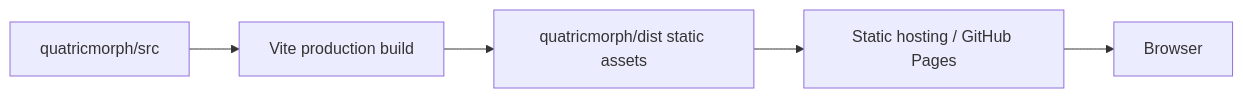
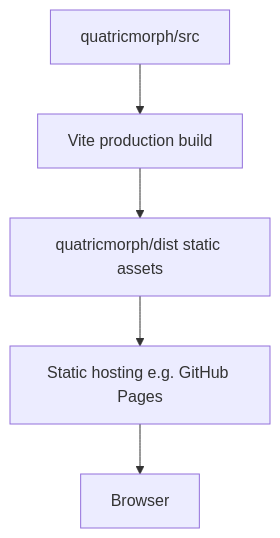
The eighth of 12 diagrams in docs/SYSTEM_ARCHITECTURE.md (quatricmorph/quatricmorph), drawn with Mermaid before and after one commit. The commit also changed other lines of this file and 42 other files, not shown here.

````diff
--- a/docs/SYSTEM_ARCHITECTURE.md
+++ b/docs/SYSTEM_ARCHITECTURE.md
@@ -1438,7 +1502,7 @@
 ```mermaid
-flowchart LR
-    Src[quatricmorph/src] --> Build[Vite production build]
+flowchart TD
+    Source[quatricmorph/src] --> Build[Vite production build]
     Build --> Dist[quatricmorph/dist static assets]
-    Dist --> Host[Static hosting / GitHub Pages]
+    Dist --> Host[Static hosting e.g. GitHub Pages]
     Host --> Browser[Browser]
 ```
````
